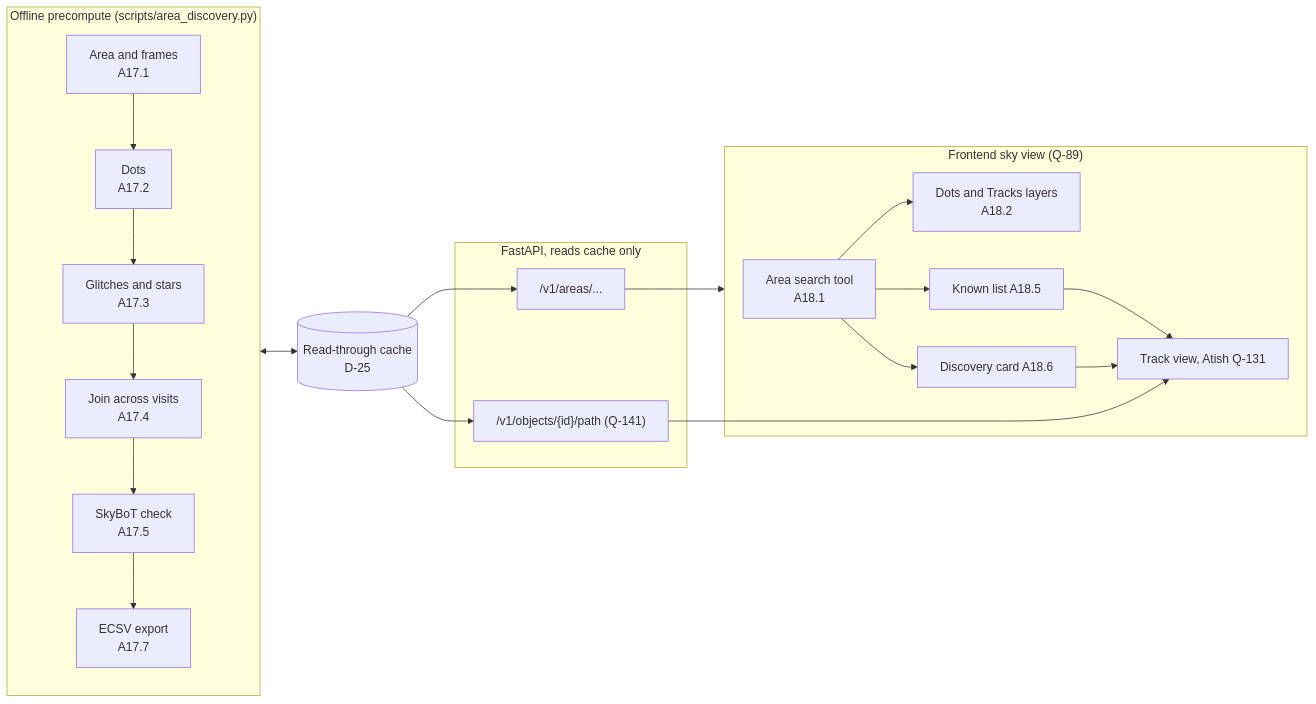
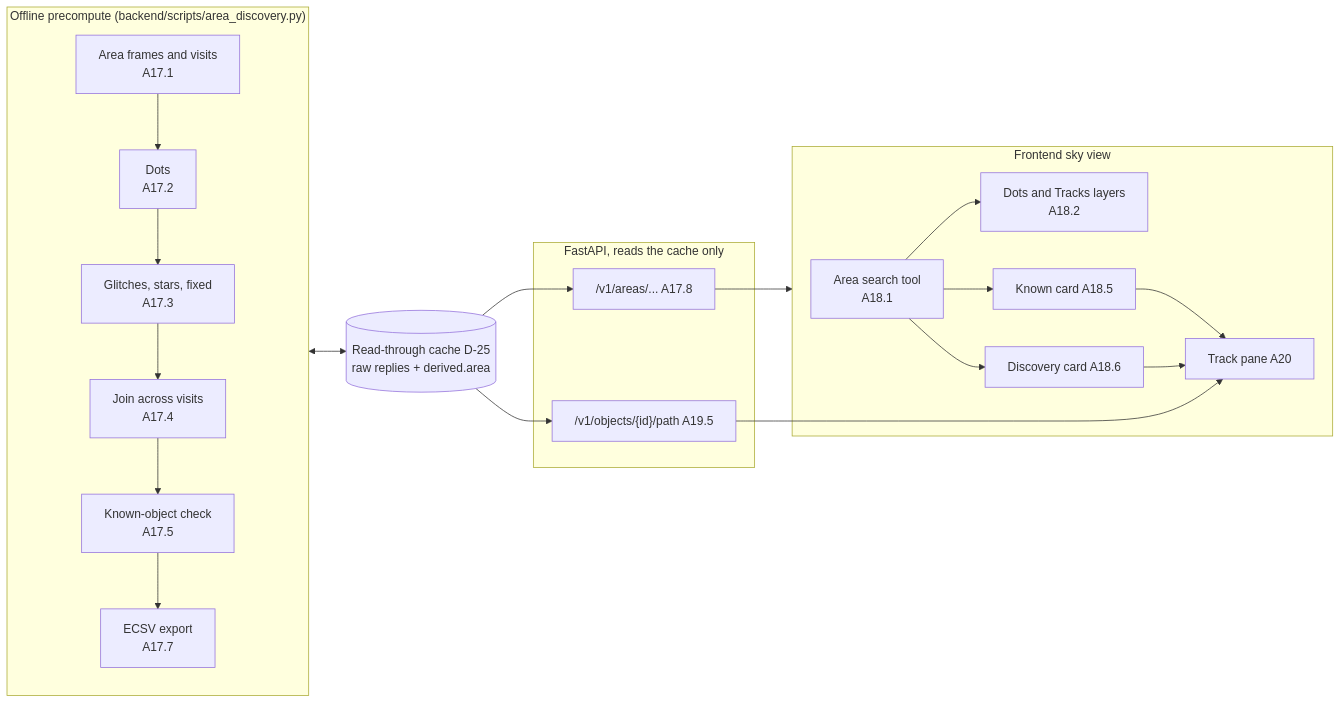
One commit to 0ffrian/SphereX changed the diagram in docs/architecture/moving-objects/area-search.md. Above: the diagram before and after it, drawn with Mermaid. The commit also changed other lines of this file and 7 other files, not shown here.

First line of the commit message:
docs(moving-objects): fix Area search A16-A18, add Track A19/A20 and UML 23

````diff
--- a/docs/architecture/moving-objects/area-search.md
+++ b/docs/architecture/moving-objects/area-search.md
@@ -47,24 +47,24 @@
 ```mermaid
 flowchart LR
-  subgraph Offline["Offline precompute (scripts/area_discovery.py)"]
-    F[Area and frames<br/>A17.1] --> D[Dots<br/>A17.2] --> G[Glitches and stars<br/>A17.3] --> J[Join across visits<br/>A17.4] --> M[SkyBoT check<br/>A17.5]
+  subgraph Offline["Offline precompute (backend/scripts/area_discovery.py)"]
+    F[Area frames and visits<br/>A17.1] --> D[Dots<br/>A17.2] --> G[Glitches, stars, fixed<br/>A17.3] --> J[Join across visits<br/>A17.4] --> M[Known-object check<br/>A17.5]
     M --> X[ECSV export<br/>A17.7]
   end
-  C[(Read-through cache<br/>D-25)]
+  C[(Read-through cache D-25<br/>raw replies + derived.area)]
   Offline <--> C
-  subgraph API["FastAPI, reads cache only"]
-    E["/v1/areas/..."]
-    K["/v1/objects/{id}/path (Q-141)"]
+  subgraph API["FastAPI, reads the cache only"]
+    E["/v1/areas/... A17.8"]
+    K["/v1/objects/{id}/path A19.5"]
   end
   C --> E
   C --> K
-  subgraph UI["Frontend sky view (Q-89)"]
+  subgraph UI["Frontend sky view"]
     T[Area search tool<br/>A18.1] --> Y[Dots and Tracks layers<br/>A18.2]
-    T --> KN[Known list A18.5]
+    T --> KN[Known card A18.5]
     T --> DC[Discovery card A18.6]
-    KN --> TR[Track view, Atish Q-131]
+    KN --> TR[Track pane A20]
     DC --> TR
   end
   E --> UI
   K --> TR
 ```
````
